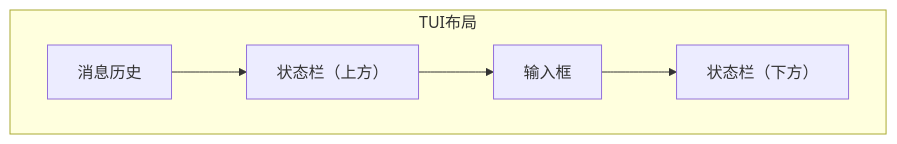
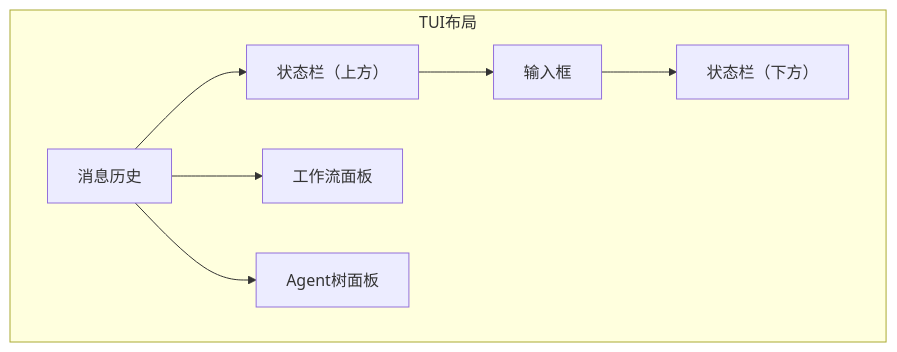
One commit to MiyakoMeow/neco changed the diagram in progress/TECH-UI.md. Above: the diagram before and after it, drawn with Mermaid. The commit also changed other lines of this file and 11 other files, not shown here.

````diff
--- a/progress/TECH-UI.md
+++ b/progress/TECH-UI.md
@@ -218,13 +239,17 @@
 ```mermaid
 graph TB
     subgraph "TUI布局"
         M[消息历史]
         S1[状态栏（上方）]
         I[输入框]
         S2[状态栏（下方）]
+        W[工作流面板]
+        A[Agent树面板]
     end
     
     M --> S1
     S1 --> I
     I --> S2
+    M --> W
+    M --> A
 ```
````
